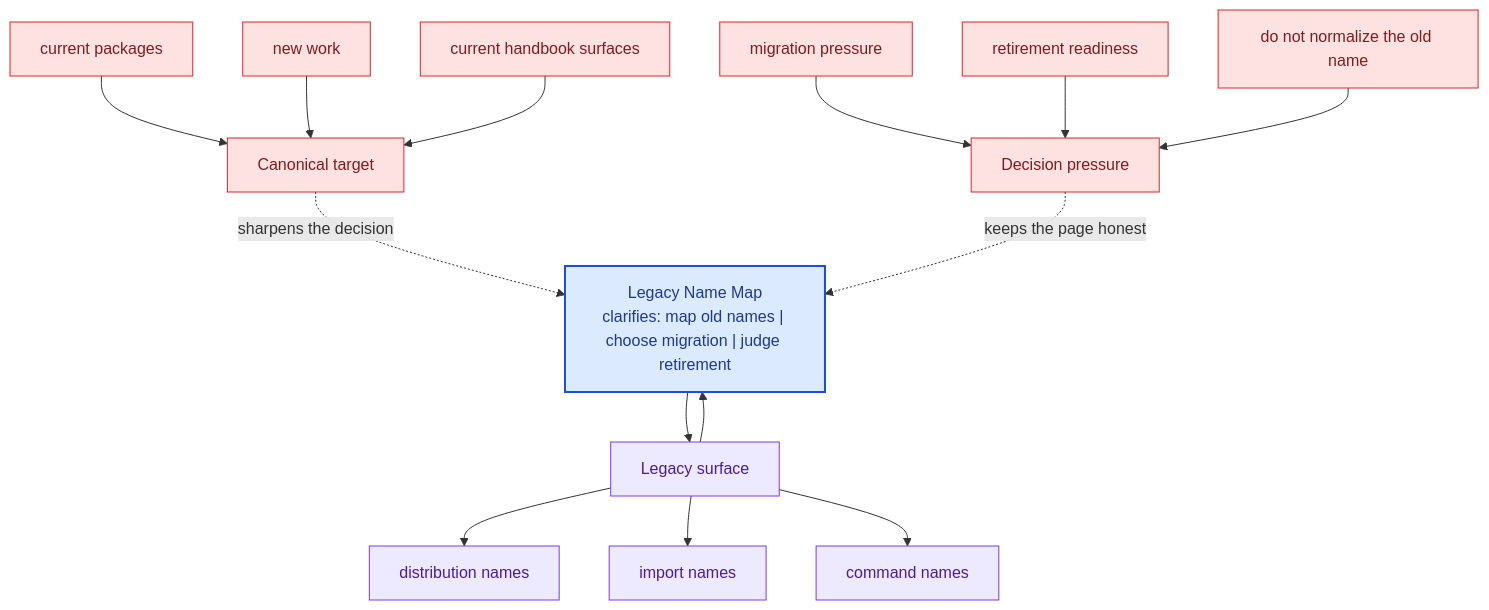
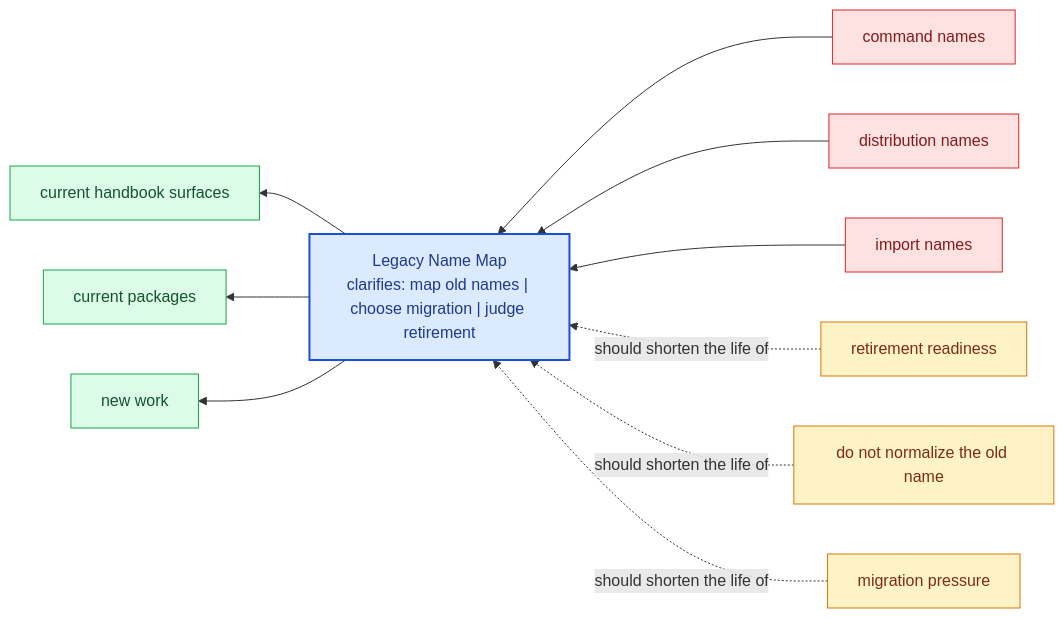
Before and after one commit to bijux/bijux-canon: the diagram in docs/compat-packages/legacy-name-map.md, drawn with Mermaid. The commit also changed other lines of this file and 281 other files, not shown here.

Commit message:
docs(diagrams): replace repeated mermaid scaffolds with page-specific summaries

````diff
--- a/docs/compat-packages/legacy-name-map.md
+++ b/docs/compat-packages/legacy-name-map.md
@@ -67,40 +22,31 @@
 ```mermaid
-flowchart TB
-    promise["Legacy Name Map<br/>clarifies: map old names | choose migration | judge retirement"]
-    classDef promise fill:#dbeafe,stroke:#1d4ed8,color:#1e3a8a,stroke-width:2px;
-    classDef driver fill:#dcfce7,stroke:#16a34a,color:#14532d;
-    classDef constraint fill:#fee2e2,stroke:#dc2626,color:#7f1d1d;
-    classDef ground fill:#ede9fe,stroke:#7c3aed,color:#4c1d95;
-    focus1["Legacy surface"]
-    focus1 --> promise
-    promise --> focus1
-    focus1_1["distribution names"]
-    focus1 --> focus1_1
-    focus1_2["import names"]
-    focus1 --> focus1_2
-    focus1_3["command names"]
-    focus1 --> focus1_3
-    class focus1 ground;
-    class focus1_1,focus1_2,focus1_3 ground;
-    focus2["Canonical target"]
-    focus2 -.sharpens the decision.-> promise
-    focus2_1["current packages"]
-    focus2_1 --> focus2
-    focus2_2["new work"]
-    focus2_2 --> focus2
-    focus2_3["current handbook surfaces"]
-    focus2_3 --> focus2
-    class focus2 constraint;
-    class focus2_1,focus2_2,focus2_3 constraint;
-    focus3["Decision pressure"]
-    focus3 -.keeps the page honest.-> promise
-    focus3_1["migration pressure"]
-    focus3_1 --> focus3
-    focus3_2["retirement readiness"]
-    focus3_2 --> focus3
-    focus3_3["do not normalize the old name"]
-    focus3_3 --> focus3
-    class focus3 constraint;
-    class focus3_1,focus3_2,focus3_3 constraint;
-    class promise promise;
+flowchart RL
+    page["Legacy Name Map<br/>clarifies: map old names | choose migration | judge retirement"]
+    classDef page fill:#dbeafe,stroke:#1d4ed8,color:#1e3a8a,stroke-width:2px;
+    classDef positive fill:#dcfce7,stroke:#16a34a,color:#14532d;
+    classDef caution fill:#fee2e2,stroke:#dc2626,color:#7f1d1d;
+    classDef anchor fill:#ede9fe,stroke:#7c3aed,color:#4c1d95;
+    classDef action fill:#fef3c7,stroke:#d97706,color:#7c2d12;
+    legacy1["command names"]
+    legacy1 --> page
+    legacy2["distribution names"]
+    legacy2 --> page
+    legacy3["import names"]
+    legacy3 --> page
+    canon1["current handbook surfaces"]
+    page --> canon1
+    canon2["current packages"]
+    page --> canon2
+    canon3["new work"]
+    page --> canon3
+    pressure1["retirement readiness"]
+    pressure1 -.should shorten the life of.-> page
+    pressure2["do not normalize the old name"]
+    pressure2 -.should shorten the life of.-> page
+    pressure3["migration pressure"]
+    pressure3 -.should shorten the life of.-> page
+    class page page;
+    class legacy1,legacy2,legacy3 caution;
+    class canon1,canon2,canon3 positive;
+    class pressure1,pressure2,pressure3 action;
 ```
````
